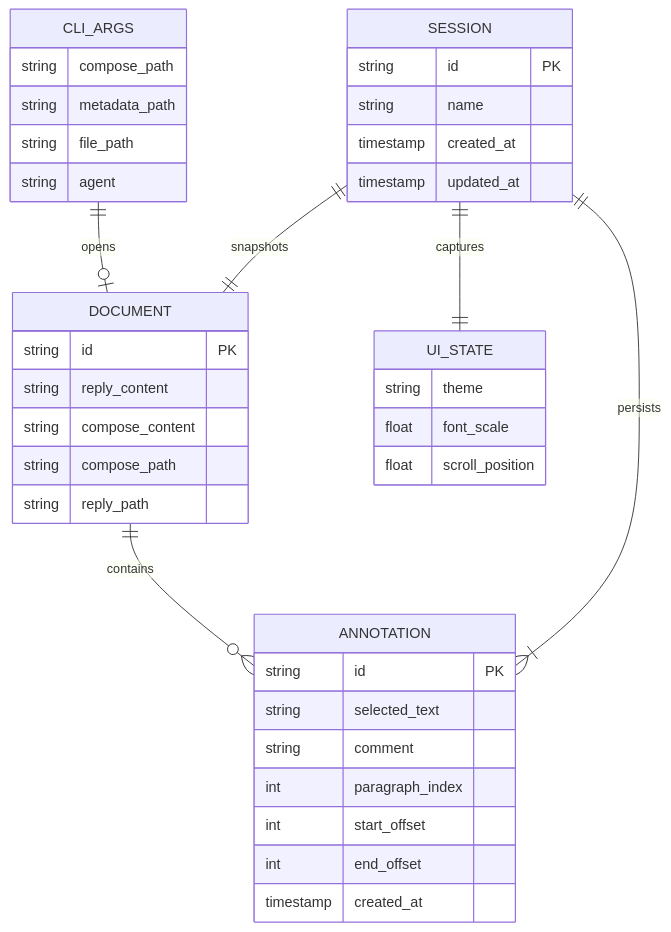
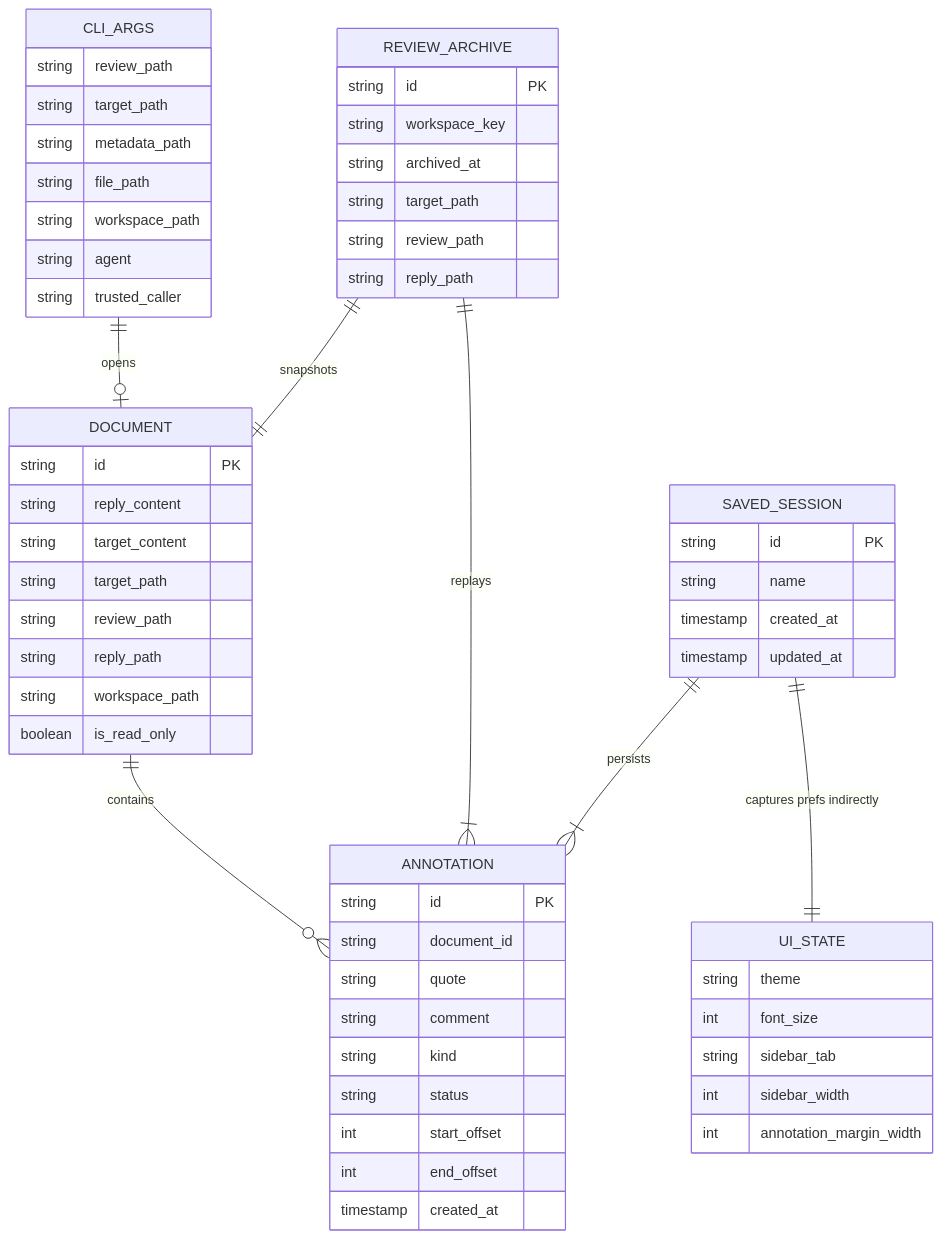
Before and after one commit to BobDLA/cliv: diagram 18 of 22 in docs/demo/demo.md, drawn with Mermaid. The commit also changed other lines of this file and 44 other files, not shown here.

````diff
--- a/docs/demo/demo.md
+++ b/docs/demo/demo.md
@@ -889,46 +976,66 @@
 ```mermaid
 erDiagram
     CLI_ARGS ||--o| DOCUMENT : "opens"
     DOCUMENT ||--o{ ANNOTATION : "contains"
-    SESSION ||--|{ ANNOTATION : "persists"
-    SESSION ||--|| DOCUMENT : "snapshots"
-    SESSION ||--|| UI_STATE : "captures"
+    REVIEW_ARCHIVE ||--|{ ANNOTATION : "replays"
+    REVIEW_ARCHIVE ||--|| DOCUMENT : "snapshots"
+    SAVED_SESSION ||--|{ ANNOTATION : "persists"
+    SAVED_SESSION ||--|| UI_STATE : "captures prefs indirectly"
 
     CLI_ARGS {
-        string compose_path
+        string review_path
+        string target_path
         string metadata_path
         string file_path
+        string workspace_path
         string agent
+        string trusted_caller
     }
 
     DOCUMENT {
         string id PK
         string reply_content
-        string compose_content
-        string compose_path
+        string target_content
+        string target_path
+        string review_path
         string reply_path
+        string workspace_path
+        boolean is_read_only
     }
 
     ANNOTATION {
         string id PK
-        string selected_text
+        string document_id
+        string quote
         string comment
-        int paragraph_index
+        string kind
+        string status
         int start_offset
         int end_offset
         timestamp created_at
     }
 
-    SESSION {
+    SAVED_SESSION {
         string id PK
         string name
         timestamp created_at
         timestamp updated_at
     }
 
+    REVIEW_ARCHIVE {
+        string id PK
+        string workspace_key
+        string archived_at
+        string target_path
+        string review_path
+        string reply_path
+    }
+
     UI_STATE {
         string theme
-        float font_scale
-        float scroll_position
+        int font_size
+        string sidebar_tab
+        int sidebar_width
+        int annotation_margin_width
     }
 ```
````
